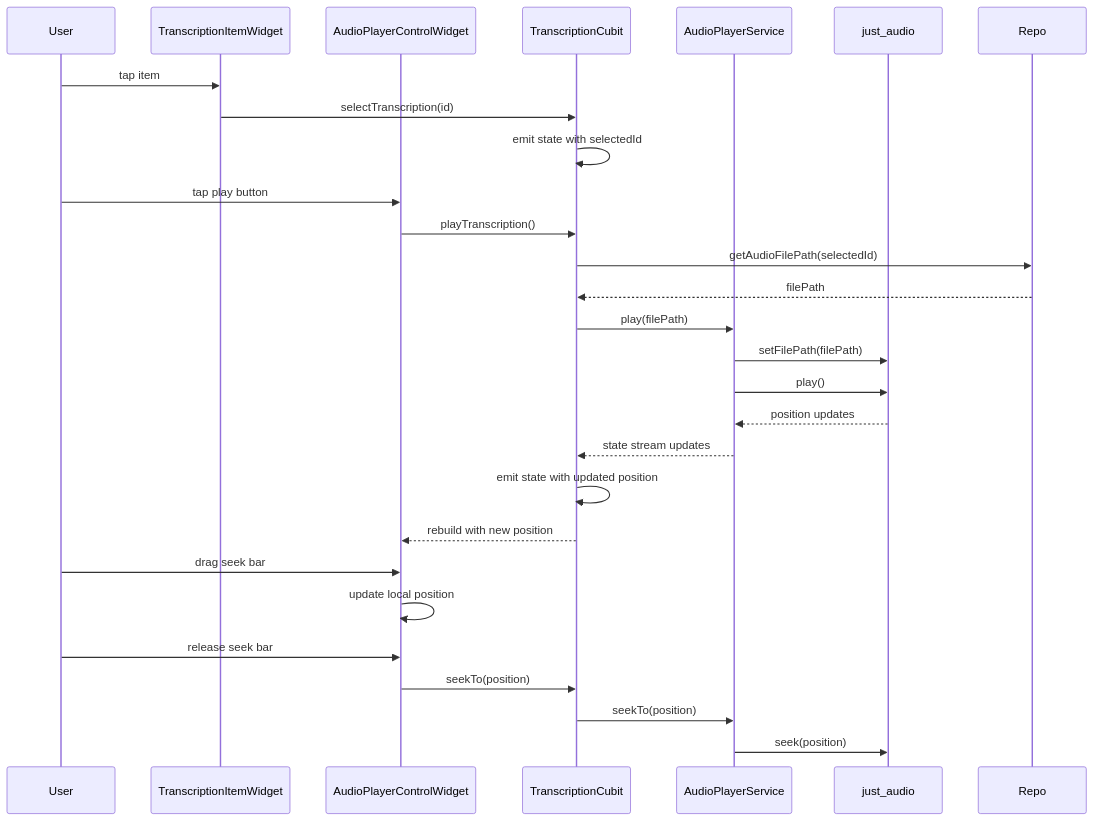
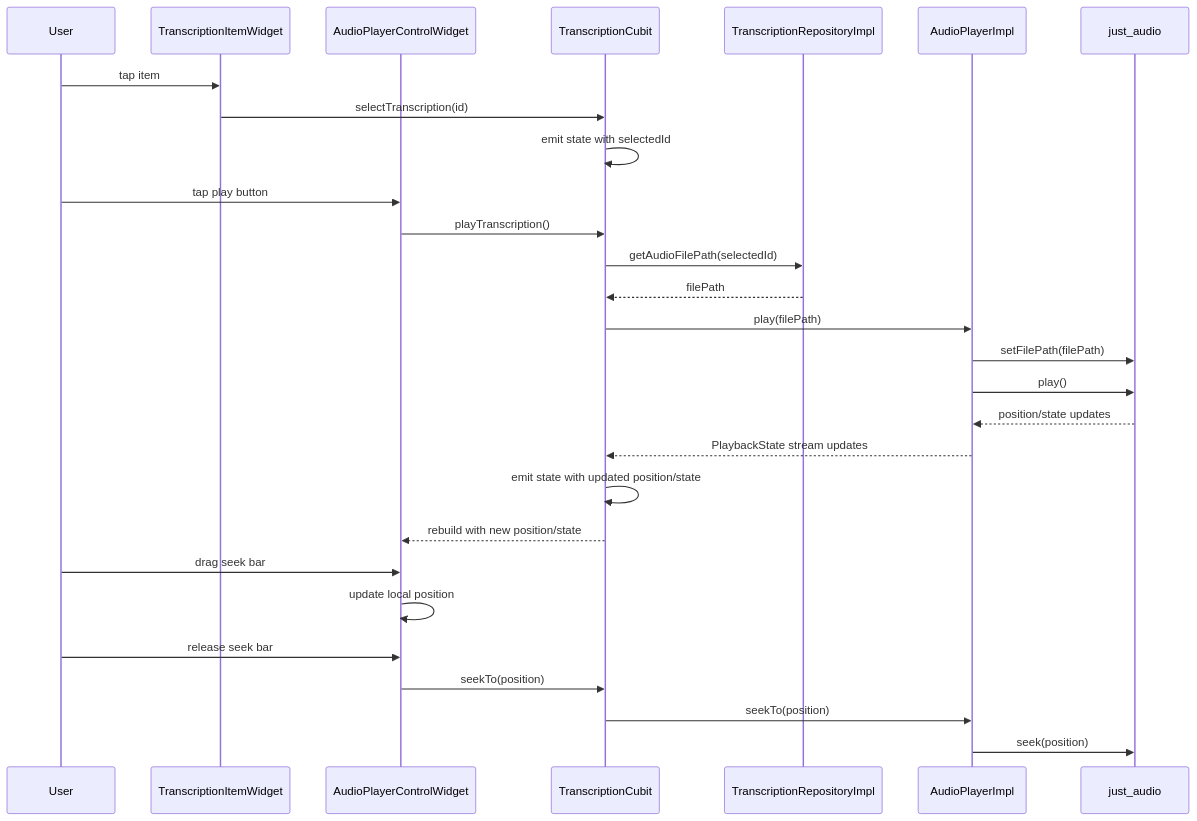
One commit to MediScribe/docjet-mobile changed the seventh of 9 diagrams in docs/new_architecture.md. Above: the diagram before and after it, drawn with Mermaid. The commit also changed other lines of this file and 1 other file, not shown here.

Commit message:
updated current and new architecture docs

````diff
--- a/docs/new_architecture.md
+++ b/docs/new_architecture.md
@@ -268,37 +399,38 @@
 ```mermaid
 sequenceDiagram
     participant User as User
     participant Item as TranscriptionItemWidget
     participant Player as AudioPlayerControlWidget
     participant Cubit as TranscriptionCubit
-    participant Service as AudioPlayerService
+    participant Repo as TranscriptionRepositoryImpl
+    participant AudioPlayer as AudioPlayerImpl
     participant JustAudio as just_audio
     
     %% Select transcription
     User->>Item: tap item
     Item->>Cubit: selectTranscription(id)
     Cubit->>Cubit: emit state with selectedId
     
     %% Play audio
     User->>Player: tap play button
     Player->>Cubit: playTranscription()
     Cubit->>Repo: getAudioFilePath(selectedId)
     Repo-->>Cubit: filePath
-    Cubit->>Service: play(filePath)
-    Service->>JustAudio: setFilePath(filePath)
-    Service->>JustAudio: play()
+    Cubit->>AudioPlayer: play(filePath)
+    AudioPlayer->>JustAudio: setFilePath(filePath)
+    AudioPlayer->>JustAudio: play()
     
     %% Playback updates
-    JustAudio-->>Service: position updates
-    Service-->>Cubit: state stream updates
-    Cubit->>Cubit: emit state with updated position
-    Cubit-->>Player: rebuild with new position
+    JustAudio-->>AudioPlayer: position/state updates
+    AudioPlayer-->>Cubit: PlaybackState stream updates
+    Cubit->>Cubit: emit state with updated position/state
+    Cubit-->>Player: rebuild with new position/state
     
     %% Seek interaction
     User->>Player: drag seek bar
     Player->>Player: update local position
     User->>Player: release seek bar
     Player->>Cubit: seekTo(position)
-    Cubit->>Service: seekTo(position)
-    Service->>JustAudio: seek(position)
+    Cubit->>AudioPlayer: seekTo(position)
+    AudioPlayer->>JustAudio: seek(position)
 ```
````
